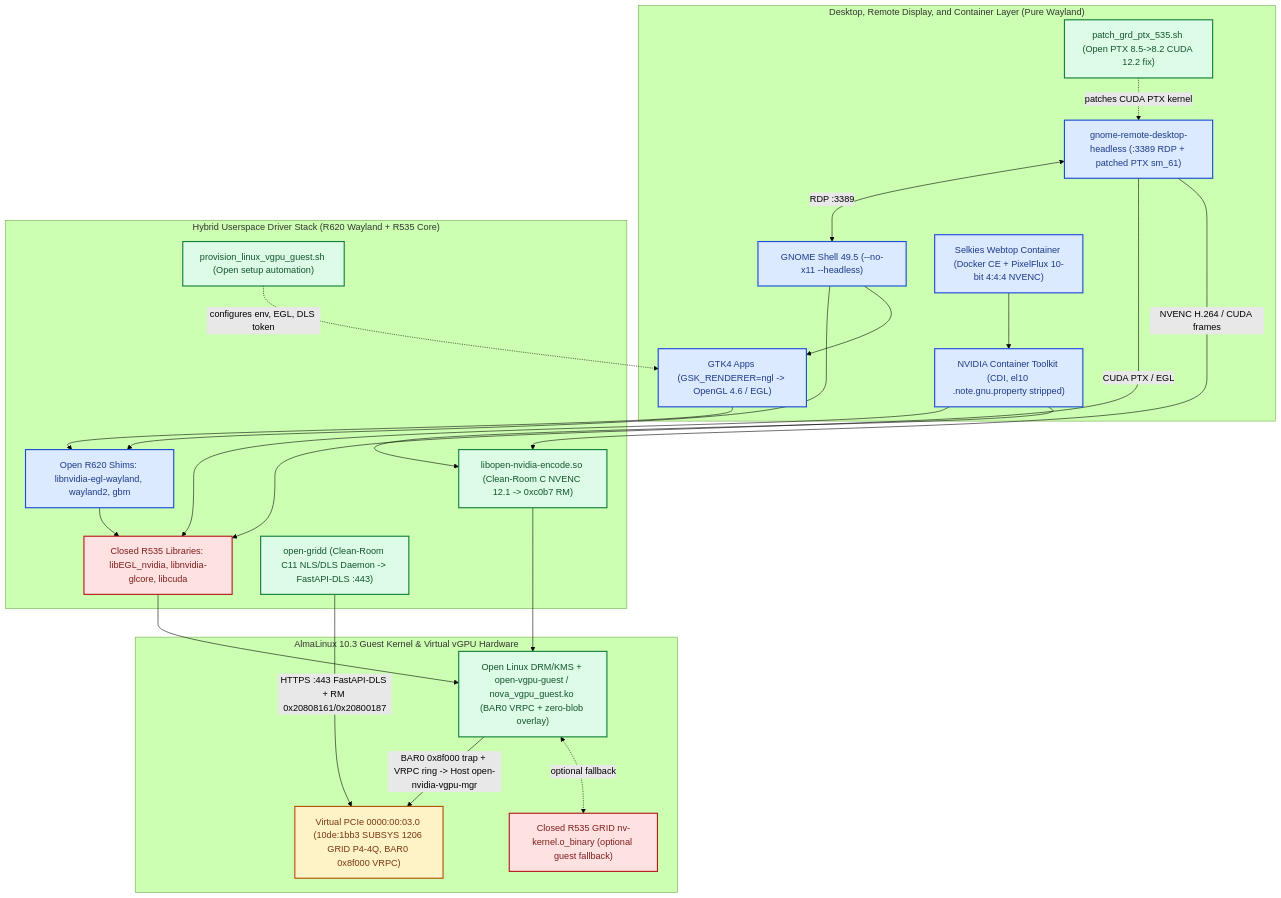
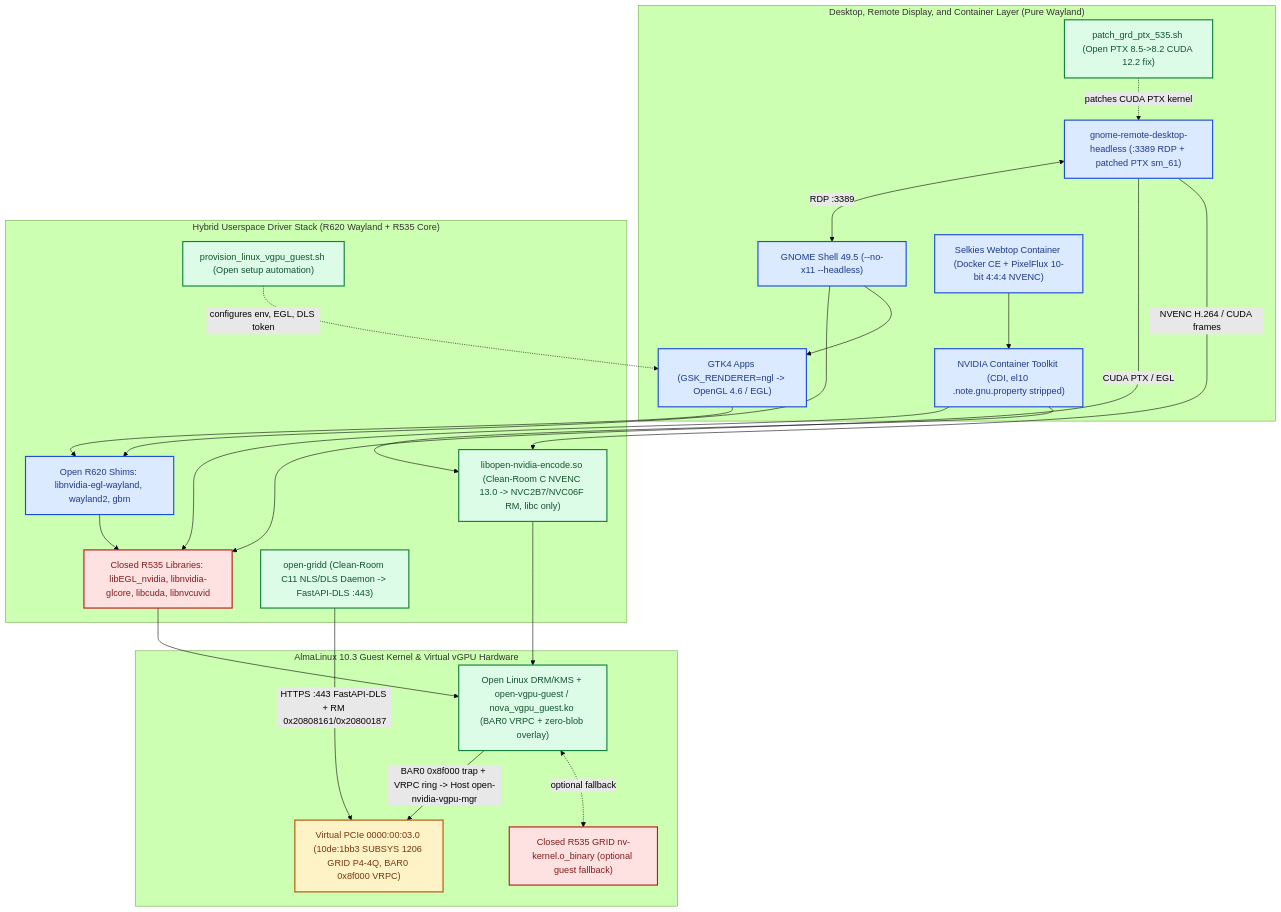
One commit to SanjayRavindran/open-vgpu-tesla-p4 changed the second of 5 diagrams in docs/09-OPEN-VS-CLOSED-ARCHITECTURE-DIAGRAMS.md. Above: the diagram before and after it, drawn with Mermaid (forest theme). The commit also changed other lines of this file and 20 other files, not shown here.

Commit message:
docs,skills: remove completed trackers, update closed-blob inventory/NVENC 13.0, add skills

````diff
--- a/docs/09-OPEN-VS-CLOSED-ARCHITECTURE-DIAGRAMS.md
+++ b/docs/09-OPEN-VS-CLOSED-ARCHITECTURE-DIAGRAMS.md
@@ -91,48 +91,48 @@
 ```mermaid
 flowchart TB
     classDef ours fill:#dcfce7,stroke:#15803d,stroke-width:2px,color:#14532d
     classDef oss fill:#dbeafe,stroke:#1d4ed8,stroke-width:2px,color:#1e3a8a
     classDef closed fill:#fee2e2,stroke:#b91c1c,stroke-width:2px,color:#7f1d1d
     classDef vhw fill:#fef3c7,stroke:#b45309,stroke-width:2px,color:#78350f
 
     subgraph AL_APP["Desktop, Remote Display, and Container Layer (Pure Wayland)"]
         GNOME["GNOME Shell 49.5 (--no-x11 --headless)"]:::oss
         GTK4["GTK4 Apps (GSK_RENDERER=ngl -> OpenGL 4.6 / EGL)"]:::oss
         GRD["gnome-remote-desktop-headless (:3389 RDP + patched PTX sm_61)"]:::oss
         PTX_PATCH["patch_grd_ptx_535.sh (Open PTX 8.5->8.2 CUDA 12.2 fix)"]:::ours
         SELKIES["Selkies Webtop Container (Docker CE + PixelFlux 10-bit 4:4:4 NVENC)"]:::oss
         CDI["NVIDIA Container Toolkit (CDI, el10 .note.gnu.property stripped)"]:::oss
     end
 
     subgraph AL_USR["Hybrid Userspace Driver Stack (R620 Wayland + R535 Core)"]
         EGL_WL["Open R620 Shims: libnvidia-egl-wayland, wayland2, gbm"]:::oss
-        NVENC["libopen-nvidia-encode.so (Clean-Room C NVENC 12.1 -> 0xc0b7 RM)"]:::ours
-        NV_GL["Closed R535 Libraries: libEGL_nvidia, libnvidia-glcore, libcuda"]:::closed
+        NVENC["libopen-nvidia-encode.so (Clean-Room C NVENC 13.0 -> NVC2B7/NVC06F RM, libc only)"]:::ours
+        NV_GL["Closed R535 Libraries: libEGL_nvidia, libnvidia-glcore, libcuda, libnvcuvid"]:::closed
         GRIDD["open-gridd (Clean-Room C11 NLS/DLS Daemon -> FastAPI-DLS :443)"]:::ours
         AL_PROV["provision_linux_vgpu_guest.sh (Open setup automation)"]:::ours
     end
 
     subgraph AL_KRN["AlmaLinux 10.3 Guest Kernel & Virtual vGPU Hardware"]
         DRM["Open Linux DRM/KMS + open-vgpu-guest / nova_vgpu_guest.ko (BAR0 VRPC + zero-blob overlay)"]:::ours
         G_CORE["Closed R535 GRID nv-kernel.o_binary (optional guest fallback)"]:::closed
         VDEV["Virtual PCIe 0000:00:03.0 (10de:1bb3 SUBSYS 1206 GRID P4-4Q, BAR0 0x8f000 VRPC)"]:::vhw
     end
 
     PTX_PATCH -. "patches CUDA PTX kernel" .-> GRD
     AL_PROV -. "configures env, EGL, DLS token" .-> GTK4
     GNOME --> GTK4
     GNOME --> EGL_WL
     GRD -- "NVENC H.264 / CUDA frames" --> NVENC
     GRD -- "CUDA PTX / EGL" --> NV_GL
     GRD <-- "RDP :3389" --> GNOME
     SELKIES --> CDI
     CDI --> NVENC
     CDI --> NV_GL
     GTK4 --> EGL_WL
     EGL_WL --> NV_GL
     NVENC --> DRM
     NV_GL --> DRM
     GRIDD -- "HTTPS :443 FastAPI-DLS + RM 0x20808161/0x20800187" --> VDEV
     DRM <-. "optional fallback" .-> G_CORE
     DRM -- "BAR0 0x8f000 trap + VRPC ring -> Host open-nvidia-vgpu-mgr" --> VDEV
 ```
````
